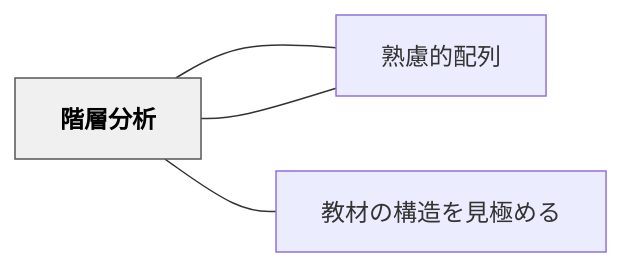
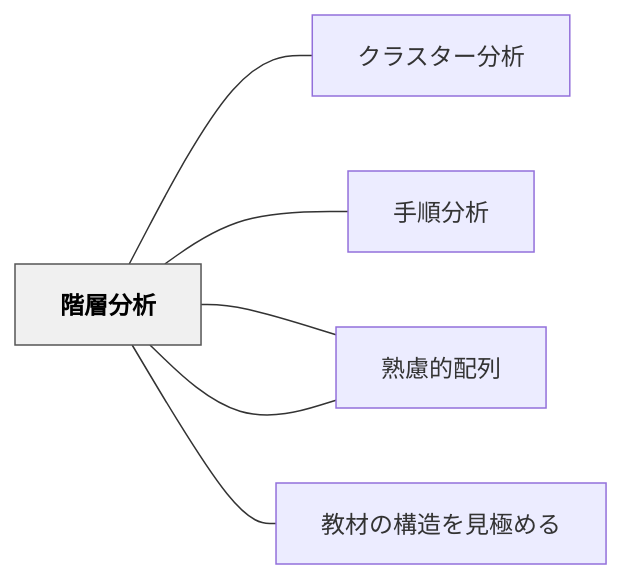
Before and after one commit to unknownthings-ed-patterns/unknownthings-ed-patterns: the diagram in content/パタン/階層分析.md, drawn with Mermaid. The commit also changed other lines of this file and 473 other files, not shown here.

````diff
--- a/content/パタン/階層分析.md
+++ b/content/パタン/階層分析.md
@@ -43,14 +45,18 @@
 ```mermaid
 flowchart LR
     ne99a8ee5b1a4["階層分析"]
+    ne382afe383a9["クラスター分析"]
+    ne6898be9a086["手順分析"]
     ne7869fe685ae["熟慮的教育材料"]
     ne69599e69d90["教材の構造を見極める"]
     ne7869fe685ae["熟慮的配列"]
 
+    ne99a8ee5b1a4 --- ne382afe383a9
+    ne99a8ee5b1a4 --- ne6898be9a086
     ne99a8ee5b1a4 --- ne7869fe685ae
     ne99a8ee5b1a4 --- ne69599e69d90
     ne99a8ee5b1a4 --- ne7869fe685ae
 
     classDef hub fill:#f0f0f0,stroke:#555,color:#000,font-weight:bold
     class ne99a8ee5b1a4 hub
 ```
````
